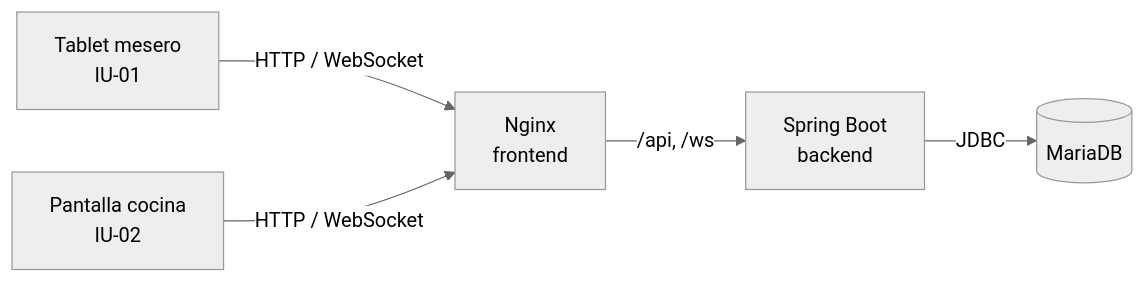
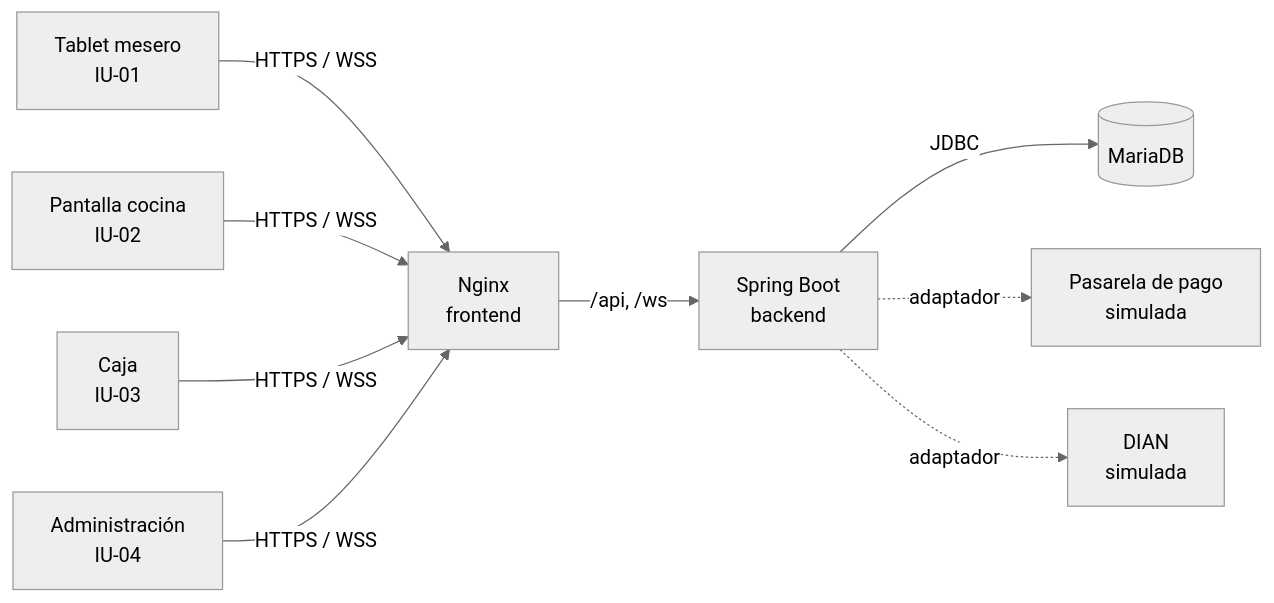
One commit to SSeanjjo/gestion-restaurantes changed the diagram in README.md. Above: the diagram before and after it, drawn with Mermaid (neutral theme). The commit also changed other lines of this file and 83 other files, not shown here.

````diff
--- a/README.md
+++ b/README.md
@@ -22,7 +39,11 @@
 ```mermaid
 flowchart LR
-    T[Tablet mesero<br/>IU-01] -- HTTP / WebSocket --> N[Nginx<br/>frontend]
-    C[Pantalla cocina<br/>IU-02] -- HTTP / WebSocket --> N
+    T[Tablet mesero<br/>IU-01] -- HTTPS / WSS --> N[Nginx<br/>frontend]
+    C[Pantalla cocina<br/>IU-02] -- HTTPS / WSS --> N
+    K[Caja<br/>IU-03] -- HTTPS / WSS --> N
+    A[Administración<br/>IU-04] -- HTTPS / WSS --> N
     N -- /api, /ws --> B[Spring Boot<br/>backend]
     B -- JDBC --> D[(MariaDB)]
+    B -. adaptador .-> P[Pasarela de pago<br/>simulada]
+    B -. adaptador .-> DI[DIAN<br/>simulada]
 ```
````
